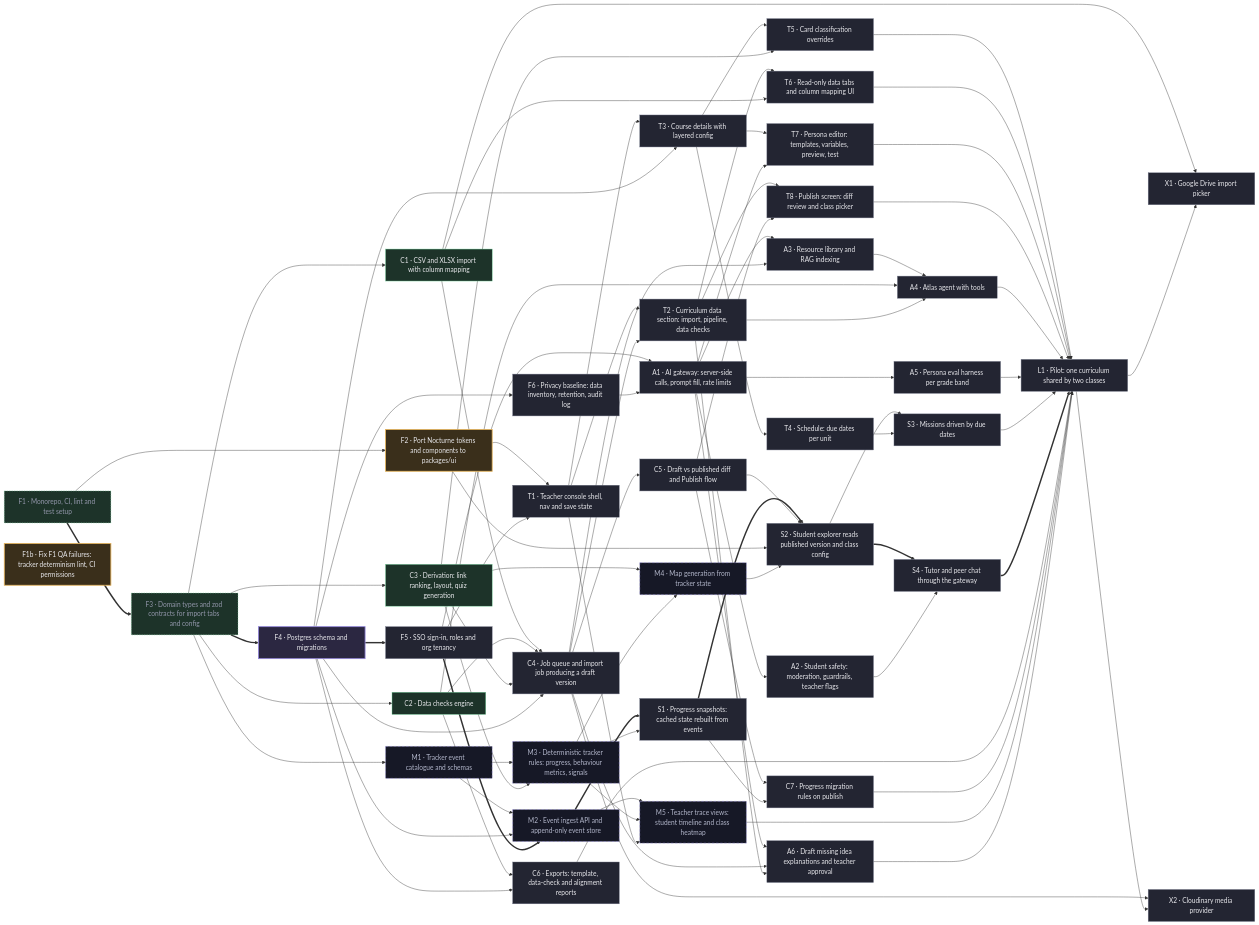
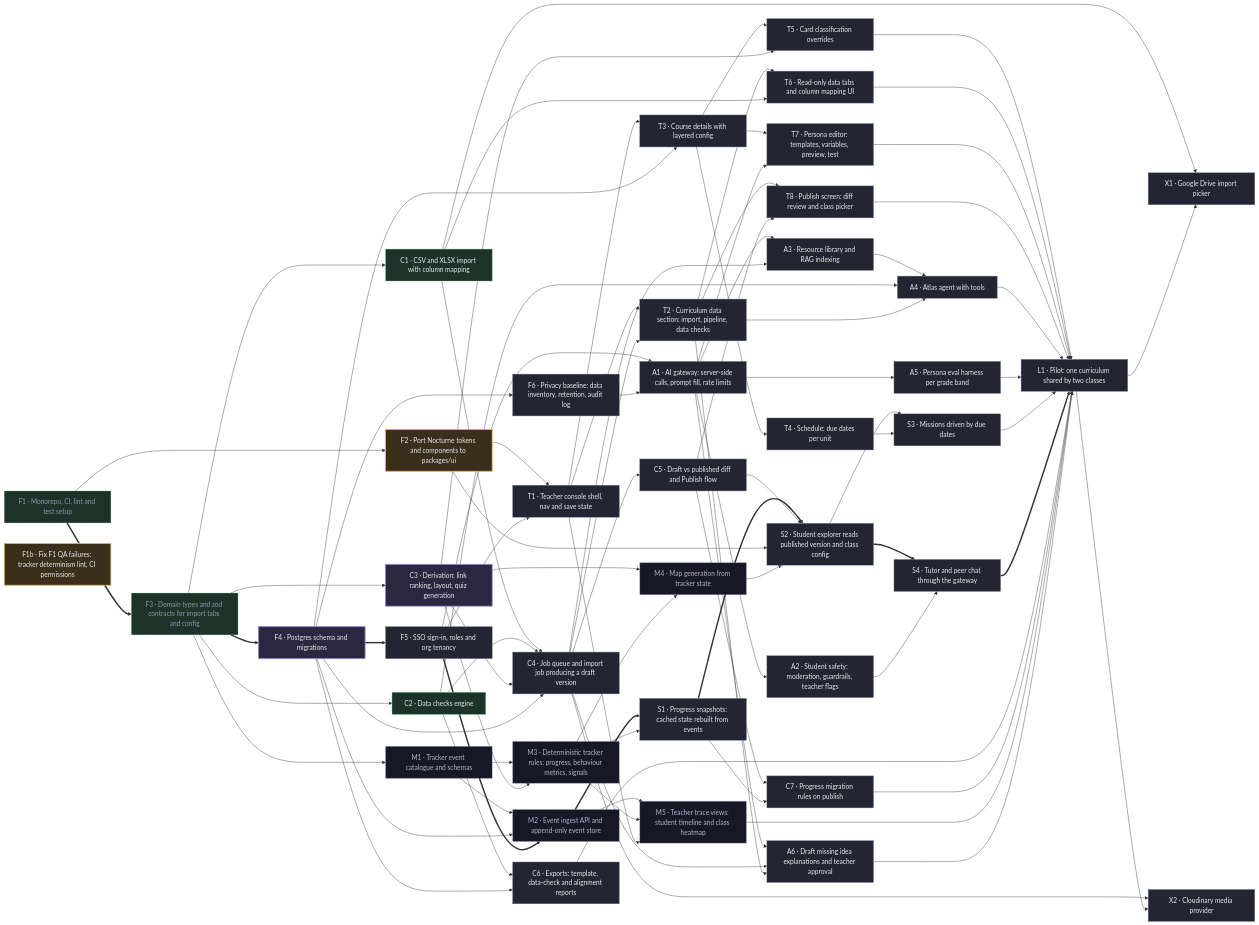
The diagram in docs/PLAN.md (tenkevin/mind-your-tutor), drawn with Mermaid before and after one commit. The commit also changed other lines of this file and 1 other file, not shown here.

````diff
--- a/docs/PLAN.md
+++ b/docs/PLAN.md
@@ -211,9 +210,9 @@
   classDef done fill:#1d3329,stroke:#6fcf97,color:#9397ab,stroke-dasharray:3 3
   classDef spec fill:#161826,stroke:#968ae0,color:#b2b6ca,stroke-dasharray:6 4
   class F5,F6,C4,C5,C6,C7,T1,T2,T3,T4,T5,T6,T7,T8,A1,A2,A3,A4,A5,A6,S1,S2,S3,S4,L1,X1,X2 todo
-  class F4 doing
+  class F4,C3 doing
   class F1b,F2 review
   class F1,F3 done
-  class C1,C2,C3 ready
+  class C1,C2 ready
   class M1,M2,M3,M4,M5 spec
 ```
````
